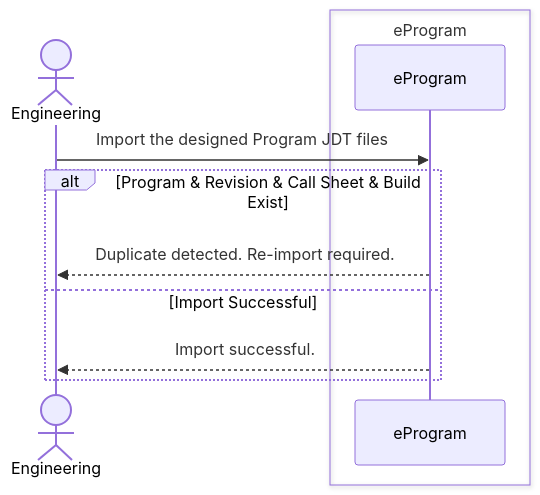
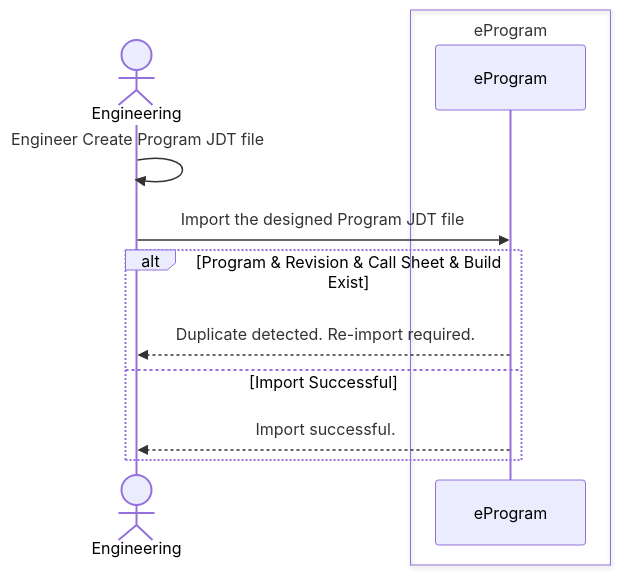
The diagram in Documents/01 - Cementing Service Invitation/05 - Prepare Job Design/collaboration.md (Sanjel-Energy-Services/eService_WorkItems), drawn with Mermaid before and after one commit. The commit also changed other lines of this file and 4 other files, not shown here.

````diff
--- a/Documents/01 - Cementing Service Invitation/05 - Prepare Job Design/collaboration.md
+++ b/Documents/01 - Cementing Service Invitation/05 - Prepare Job Design/collaboration.md
@@ -2,14 +4,15 @@
 ```mermaid
 sequenceDiagram
 
 actor Engineering
 box eProgram
   participant eProgram  
 end
-Engineering->>eProgram:Import the designed Program JDT files
+Engineering->>Engineering:Engineer Create Program JDT file
+Engineering->>eProgram:Import the designed Program JDT file
 alt Program & Revision & Call Sheet & Build Exist
         eProgram-->>Engineering: Duplicate detected. Re-import required.
     else Import Successful
         eProgram-->>Engineering: Import successful. 
     end
 ```
````
